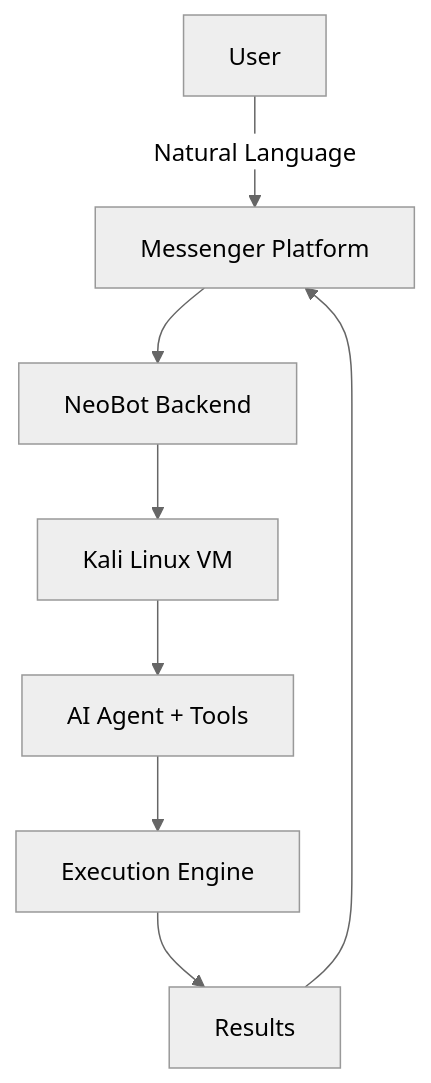
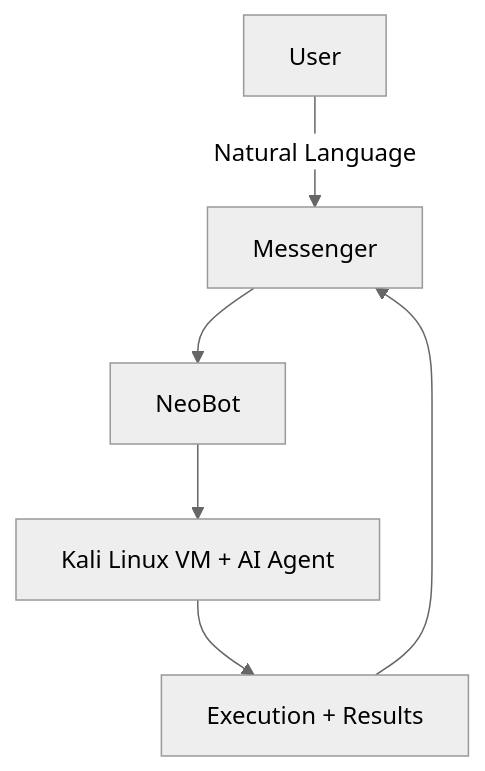
Before and after one commit to iofhouras/neobot: the diagram in README.md, drawn with Mermaid (neutral theme). The commit also changed other lines of this file, not shown here.

````diff
--- a/README.md
+++ b/README.md
@@ -78,10 +64,8 @@
 ```mermaid
 graph TD
-    A[User] -->|Natural Language| B[Messenger Platform]
-    B --> C[NeoBot Backend]
-    C --> D[Kali Linux VM]
-    D --> E[AI Agent + Tools]
-    E --> F[Execution Engine]
-    F --> G[Results]
-    G --> B
+    A[User] -->|Natural Language| B[Messenger]
+    B --> C[NeoBot]
+    C --> D[Kali Linux VM + AI Agent]
+    D --> E[Execution + Results]
+    E --> B
 ```
````
